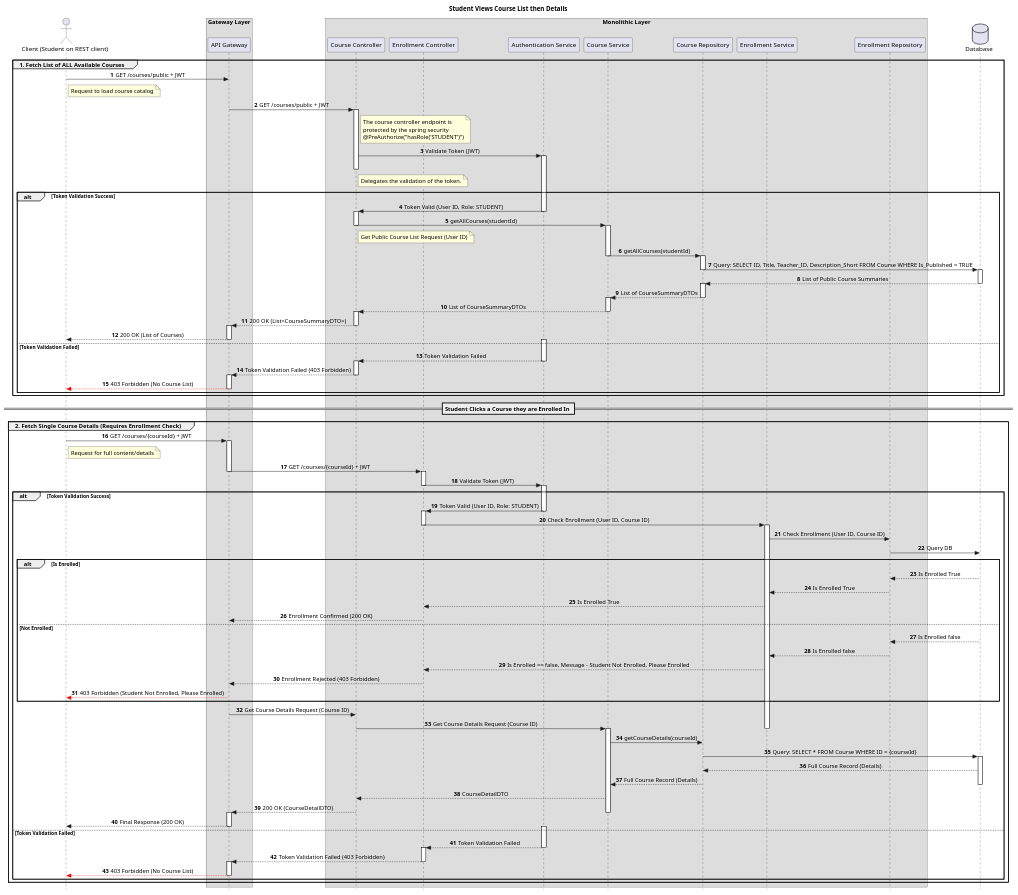
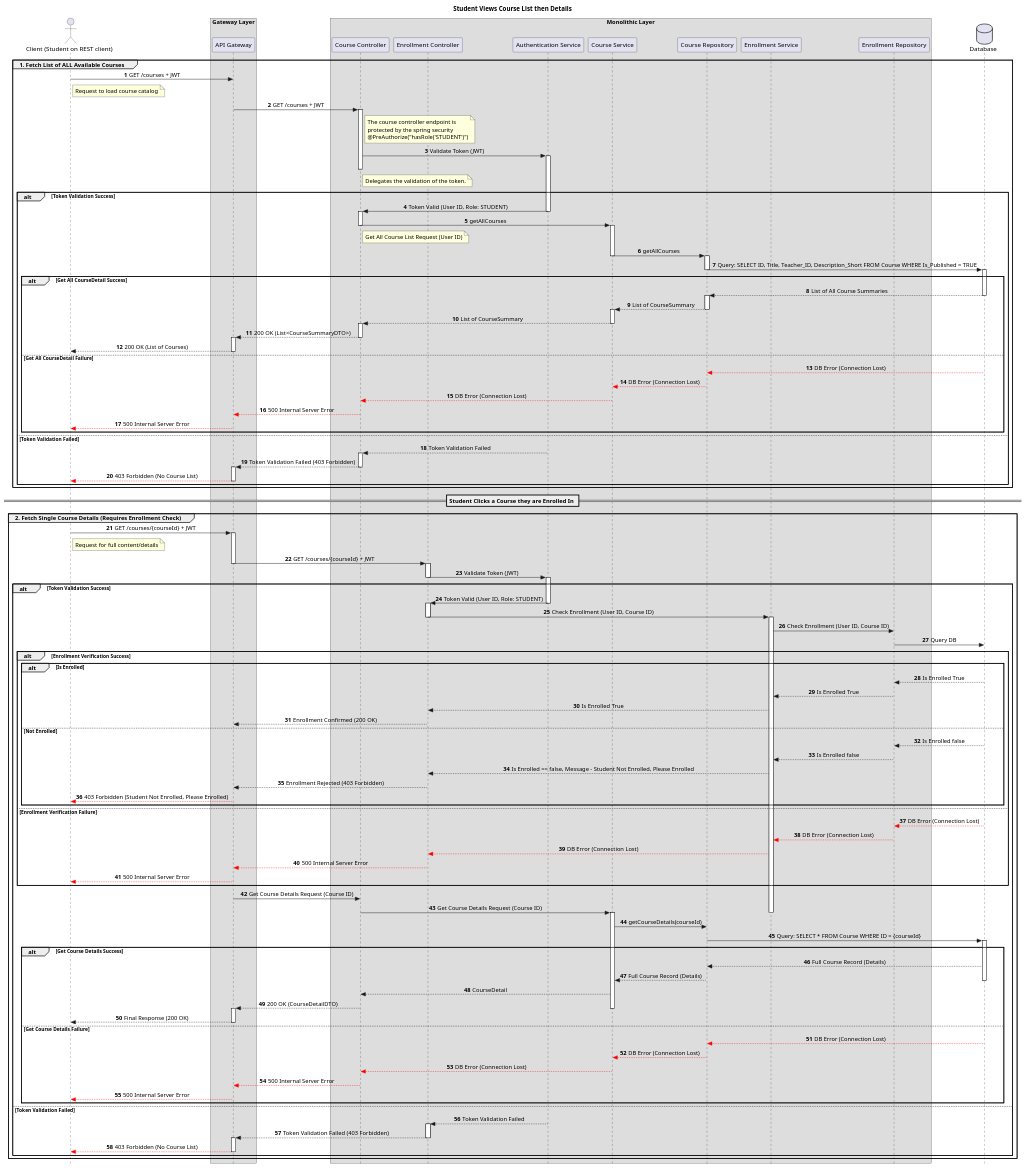
The diagram in docs/plantuml/monolith-student-views-courseList-then-details.plantuml (SanjayaLH/learning-management-system-platform), drawn with PlantUML before and after one commit. The commit also changed 1 other file, not shown here.

Commit message:
Updating monolith-student-views-courseList-then-details.plantuml Sequence

```diff
--- a/docs/plantuml/monolith-student-views-courseList-then-details.plantuml
+++ b/docs/plantuml/monolith-student-views-courseList-then-details.plantuml
@@ -1,152 +1,179 @@
 @startuml student-views-courseList-then-details
 skinparam style strictuml
 skinparam SequenceMessageAlignment center
 
 Title Student Views Course List then Details
 
 actor "Client (Student on REST client)" as Client
 box "Gateway Layer"
     participant "API Gateway" as ApiGateway
 end box
 box "Monolithic Layer"
     participant "Course Controller" as CourseController
     participant "Enrollment Controller" as EnrollmentController
     participant "Authentication Service" as AuthService
     participant "Course Service" as CourseService
     participant "Course Repository" as CourseRepository
     participant "Enrollment Service" as EnrollmentService
     participant "Enrollment Repository" as EnrollmentRepository
 end box
 database "Database" as DB
 
 autonumber
 
 group 1. Fetch List of ALL Available Courses
-    Client -> ApiGateway: GET /courses/public + JWT
+    Client -> ApiGateway: GET /courses + JWT
     note right of Client: Request to load course catalog
 
-    ApiGateway -> CourseController: GET /courses/public + JWT
+    ApiGateway -> CourseController: GET /courses + JWT
     note right of CourseController 
         The course controller endpoint is 
         protected by the spring security 
         @PreAuthorize("hasRole('STUDENT')")
     end note
 
     activate CourseController
     CourseController -> AuthService: Validate Token (JWT)
     note right of CourseController: Delegates the validation of the token.
     activate AuthService
     deactivate CourseController
 
     alt Token Validation Success
         AuthService -> CourseController: Token Valid (User ID, Role: STUDENT)
         deactivate AuthService
         activate CourseController
-        CourseController -> CourseService: getAllCourses(studentId)
-        note right CourseController: Get Public Course List Request (User ID)
+        CourseController -> CourseService: getAllCourses
+        note right CourseController: Get All Course List Request (User ID)
         deactivate CourseController
         activate CourseService
-        CourseService -> CourseRepository: getAllCourses(studentId)
+        CourseService -> CourseRepository: getAllCourses
         deactivate CourseService
         activate CourseRepository
         CourseRepository -> DB: Query: SELECT ID, Title, Teacher_ID, Description_Short FROM Course WHERE Is_Published = TRUE
         deactivate CourseRepository
         activate DB
-        DB --> CourseRepository: List of Public Course Summaries
-        deactivate DB
-        activate CourseRepository
-        CourseRepository --> CourseService: List of CourseSummaryDTOs
-        deactivate CourseRepository
-        activate CourseService
-        CourseService --> CourseController: List of CourseSummaryDTOs
-        deactivate CourseService
-        activate CourseController
-        CourseController --> ApiGateway: 200 OK (List<CourseSummaryDTO>)
-        deactivate CourseController
-        activate ApiGateway
-        ApiGateway --> Client: 200 OK (List of Courses)
-        deactivate ApiGateway
+        alt Get All CourseDetail Success
+            DB --> CourseRepository: List of All Course Summaries
+            deactivate DB
+            activate CourseRepository
+            CourseRepository --> CourseService: List of CourseSummary
+            deactivate CourseRepository
+            activate CourseService
+            CourseService --> CourseController: List of CourseSummary
+            deactivate CourseService
+            activate CourseController
+            CourseController --> ApiGateway: 200 OK (List<CourseSummaryDTO>)
+            deactivate CourseController
+            activate ApiGateway
+            ApiGateway --> Client: 200 OK (List of Courses)
+            deactivate ApiGateway
+        else Get All CourseDetail Failure
+            DB -[#red]-> CourseRepository: DB Error (Connection Lost)
+            CourseRepository -[#red]-> CourseService: DB Error (Connection Lost)
+            CourseService -[#red]-> CourseController: DB Error (Connection Lost)
+            CourseController -[#red]-> ApiGateway: 500 Internal Server Error
+            ApiGateway -[#red]-> Client: 500 Internal Server Error
+        end
+        
     else Token Validation Failed
         activate AuthService
         AuthService --> CourseController: Token Validation Failed
         deactivate AuthService
         activate CourseController
         CourseController --> ApiGateway: Token Validation Failed (403 Forbidden)
         deactivate CourseController
         activate ApiGateway
         ApiGateway -[#red]-> Client: 403 Forbidden (No Course List)
         deactivate ApiGateway
     end
 
 end
 
 == Student Clicks a Course they are Enrolled In ==
 
 group 2. Fetch Single Course Details (Requires Enrollment Check)
     Client -> ApiGateway: GET /courses/{courseId} + JWT
     note right of Client: Request for full content/details
 
     activate ApiGateway
     ApiGateway -> EnrollmentController: GET /courses/{courseId} + JWT
     deactivate ApiGateway
     activate EnrollmentController
     EnrollmentController -> AuthService: Validate Token (JWT)
     deactivate EnrollmentController
     
     alt Token Validation Success
         activate AuthService
         AuthService -> EnrollmentController: Token Valid (User ID, Role: STUDENT)
         deactivate AuthService
         activate EnrollmentController
         EnrollmentController -> EnrollmentService: Check Enrollment (User ID, Course ID)
         deactivate EnrollmentController
         activate EnrollmentService
         EnrollmentService -> EnrollmentRepository: Check Enrollment (User ID, Course ID)
         EnrollmentRepository -> DB: Query DB
-        alt Is Enrolled
-            DB --> EnrollmentRepository: Is Enrolled True
-            EnrollmentRepository --> EnrollmentService: Is Enrolled True
-            EnrollmentService -->EnrollmentController: Is Enrolled True
-            EnrollmentController --> ApiGateway: Enrollment Confirmed (200 OK)
-        else Not Enrolled
-            DB --> EnrollmentRepository: Is Enrolled false
-            EnrollmentRepository --> EnrollmentService: Is Enrolled false
-            EnrollmentService --> EnrollmentController: Is Enrolled == false, Message - Student Not Enrolled, Please Enrolled
-            EnrollmentController --> ApiGateway: Enrollment Rejected (403 Forbidden)
-            deactivate EnrollmentController
-            ApiGateway -[#red]-> Client: 403 Forbidden (Student Not Enrolled, Please Enrolled)
-            deactivate ApiGateway
+
+        alt Enrollment Verification Success
+            alt Is Enrolled
+                DB --> EnrollmentRepository: Is Enrolled True
+                EnrollmentRepository --> EnrollmentService: Is Enrolled True
+                EnrollmentService -->EnrollmentController: Is Enrolled True
+                EnrollmentController --> ApiGateway: Enrollment Confirmed (200 OK)
+            else Not Enrolled
+                DB --> EnrollmentRepository: Is Enrolled false
+                EnrollmentRepository --> EnrollmentService: Is Enrolled false
+                EnrollmentService --> EnrollmentController: Is Enrolled == false, Message - Student Not Enrolled, Please Enrolled
+                EnrollmentController --> ApiGateway: Enrollment Rejected (403 Forbidden)
+                deactivate EnrollmentController
+                ApiGateway -[#red]-> Client: 403 Forbidden (Student Not Enrolled, Please Enrolled)
+                deactivate ApiGateway
+            end
+        else Enrollment Verification Failure
+            DB -[#red]-> EnrollmentRepository: DB Error (Connection Lost)
+            EnrollmentRepository -[#red]-> EnrollmentService: DB Error (Connection Lost)
+            EnrollmentService -[#red]-> EnrollmentController: DB Error (Connection Lost)
+            EnrollmentController -[#red]-> ApiGateway: 500 Internal Server Error
+            ApiGateway -[#red]-> Client: 500 Internal Server Error
         end
-        
+       
         ApiGateway -> CourseController: Get Course Details Request (Course ID)
         CourseController -> CourseService: Get Course Details Request (Course ID)
         deactivate EnrollmentService
         deactivate ApiGateway
         activate CourseService
         
         CourseService -> CourseRepository: getCourseDetails(courseId)
         CourseRepository -> DB: Query: SELECT * FROM Course WHERE ID = {courseId}
         activate DB
-        DB --> CourseRepository: Full Course Record (Details)
-        CourseRepository --> CourseService: Full Course Record (Details)
-        deactivate DB
 
-        CourseService --> CourseController: CourseDetailDTO
-        CourseController --> ApiGateway: 200 OK (CourseDetailDTO)
-        deactivate CourseService
-        activate ApiGateway
-        ApiGateway --> Client: Final Response (200 OK)
-        deactivate ApiGateway
+        alt Get Course Details Success
+            DB --> CourseRepository: Full Course Record (Details)
+            CourseRepository --> CourseService: Full Course Record (Details)
+            deactivate DB
+            CourseService --> CourseController: CourseDetail
+            CourseController --> ApiGateway: 200 OK (CourseDetailDTO)
+            deactivate CourseService
+            activate ApiGateway
+            ApiGateway --> Client: Final Response (200 OK)
+            deactivate ApiGateway
+        else Get Course Details Failure
+            DB -[#red]-> CourseRepository: DB Error (Connection Lost)
+            CourseRepository -[#red]-> CourseService: DB Error (Connection Lost)
+            CourseService -[#red]-> CourseController: DB Error (Connection Lost)
+            CourseController -[#red]-> ApiGateway: 500 Internal Server Error
+            ApiGateway -[#red]-> Client: 500 Internal Server Error
+        end 
+        
     else Token Validation Failed
         activate AuthService
         AuthService --> EnrollmentController: Token Validation Failed
         deactivate AuthService
         activate EnrollmentController
         EnrollmentController --> ApiGateway: Token Validation Failed (403 Forbidden)
         deactivate EnrollmentController
         activate ApiGateway
         ApiGateway -[#red]-> Client: 403 Forbidden (No Course List)
         deactivate ApiGateway
     end
 end
 @endumll
```
